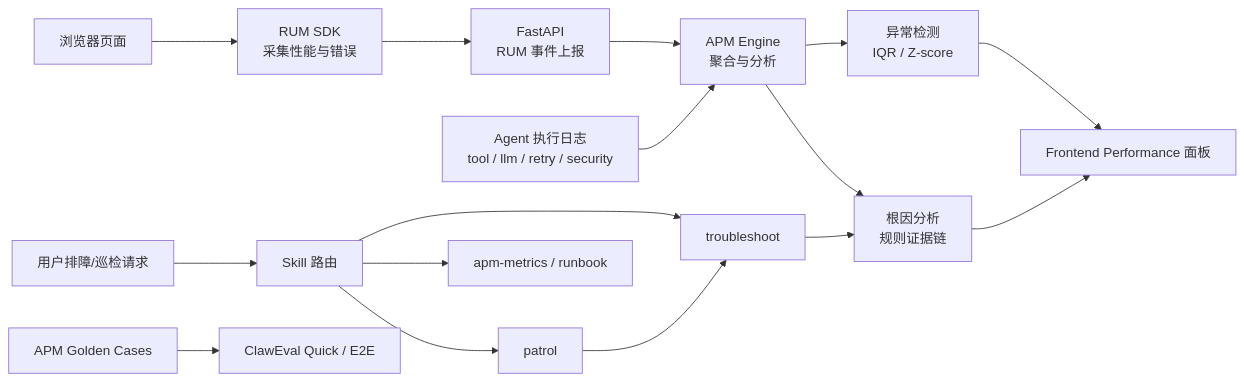
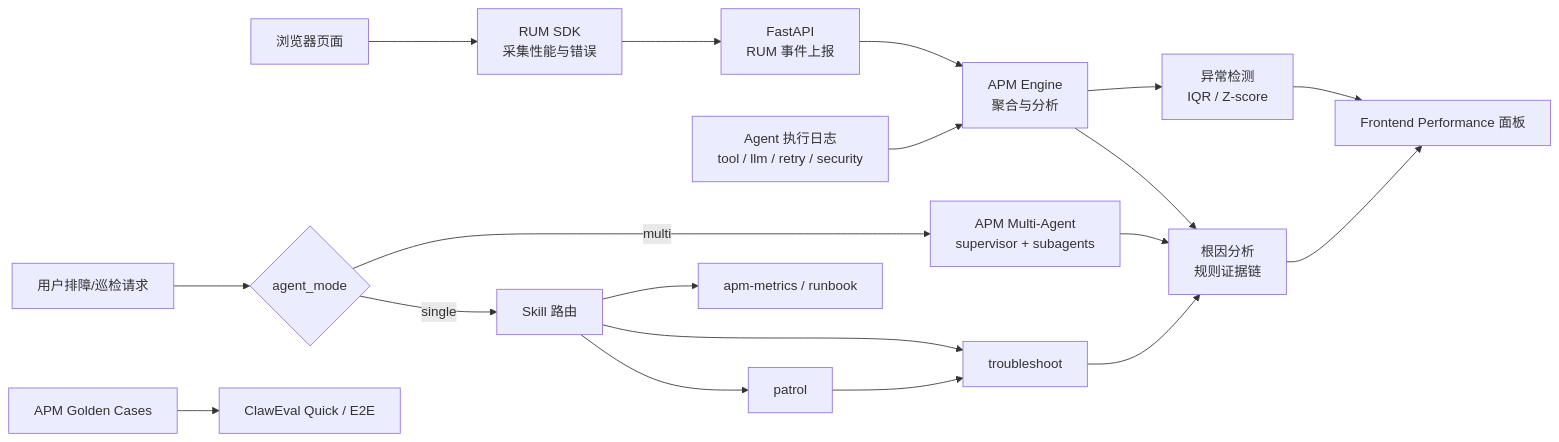
Before and after one commit to YachuanWzh/huamulan-agent: diagram 13 of 13 in 技术方案报告.md, drawn with Mermaid. The commit also changed other lines of this file and 21 other files, not shown here.

First line of the commit message:
feat(agent): 新增 APM 多 Agent 编排与用户向量检索支持

````diff
--- a/技术方案报告.md
+++ b/技术方案报告.md
@@ -2005,18 +2118,21 @@
 ```mermaid
 flowchart LR
     Browser["浏览器页面"] --> SDK["RUM SDK<br/>采集性能与错误"]
     SDK --> API["FastAPI<br/>RUM 事件上报"]
     API --> Engine["APM Engine<br/>聚合与分析"]
     Logs["Agent 执行日志<br/>tool / llm / retry / security"] --> Engine
     Engine --> Anomaly["异常检测<br/>IQR / Z-score"]
     Engine --> RCA["根因分析<br/>规则证据链"]
     Anomaly --> Panel["Frontend Performance 面板"]
     RCA --> Panel
-    User["用户排障/巡检请求"] --> Router["Skill 路由"]
+    User["用户排障/巡检请求"] --> Mode{"agent_mode"}
+    Mode -->|"single"| Router["Skill 路由"]
+    Mode -->|"multi"| MAG["APM Multi-Agent<br/>supervisor + subagents"]
     Router --> Troubleshoot["troubleshoot"]
     Router --> Patrol["patrol"]
     Router --> Knowledge["apm-metrics / runbook"]
+    MAG --> RCA
     Troubleshoot --> RCA
     Patrol --> Troubleshoot
     Golden["APM Golden Cases"] --> Eval["ClawEval Quick / E2E"]
 ```
````
